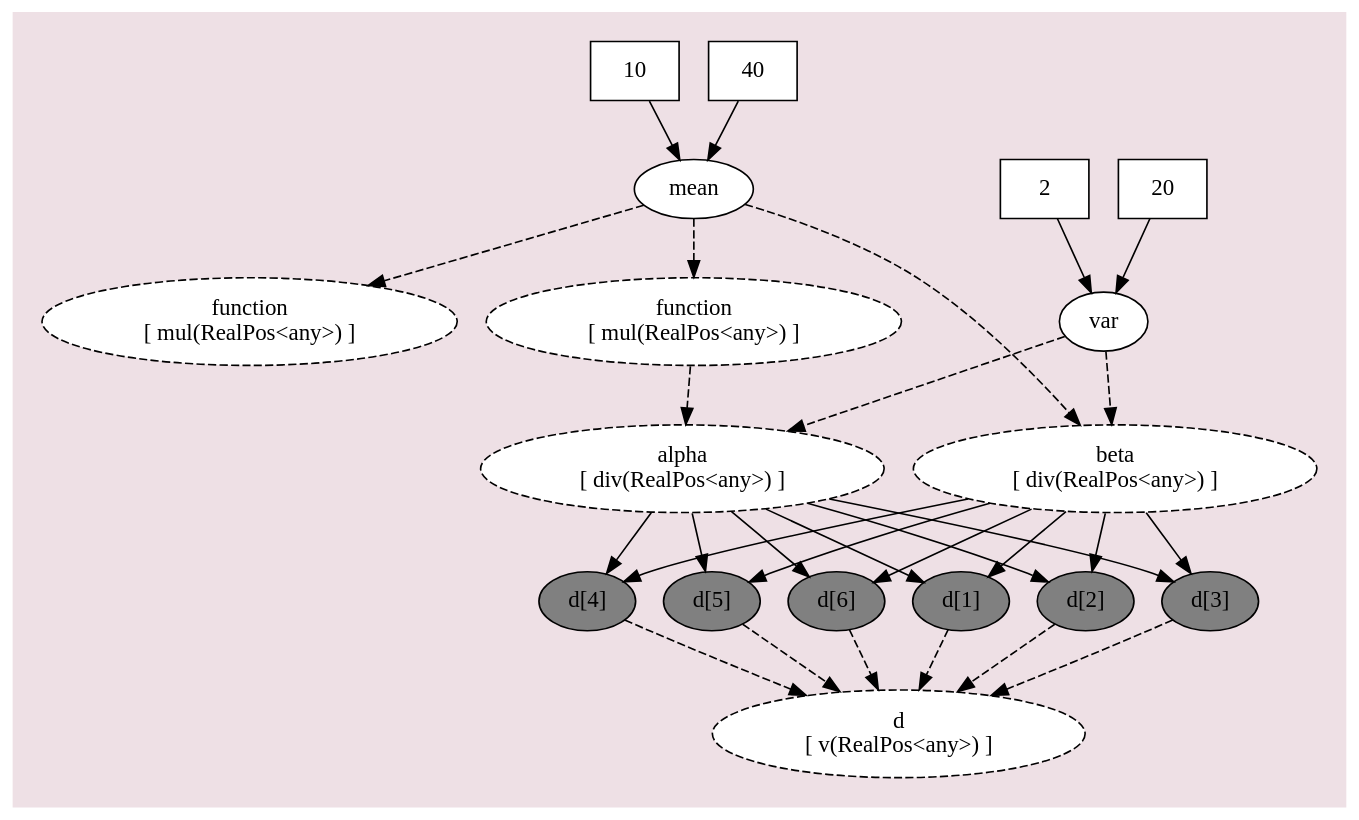
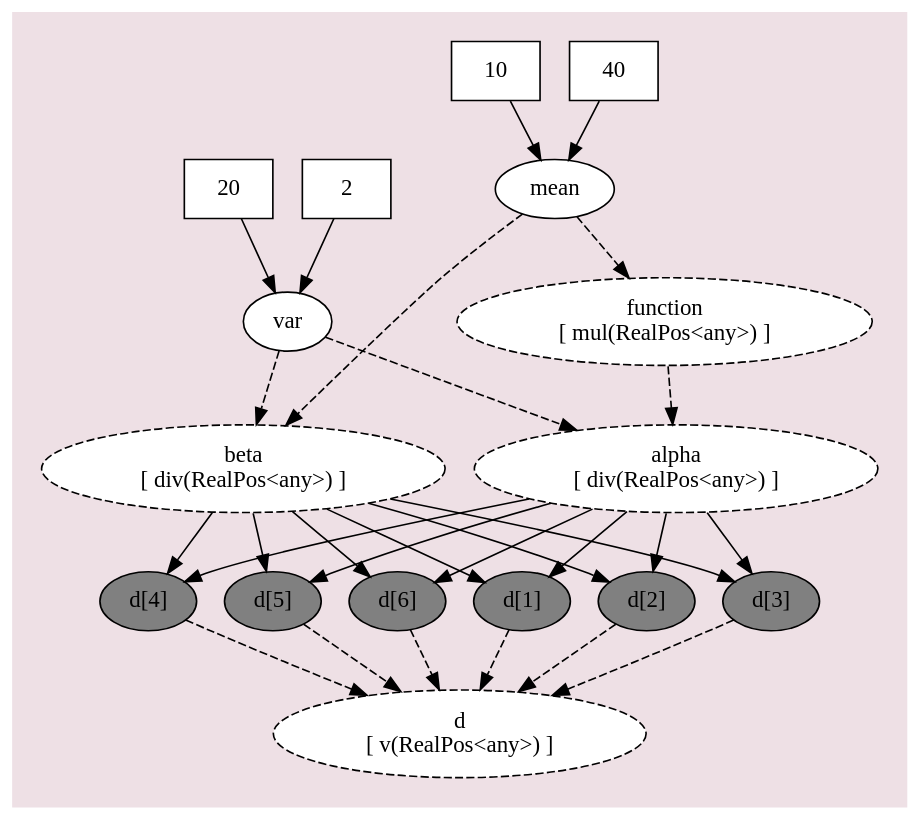
Before and after one commit to phyloworks/revbayes-workshop2017: the diagram in archery-model/archery_model.dot, drawn with Graphviz. The commit also changed 3 other files, not shown here.

```diff
--- a/archery-model/archery_model.dot
+++ b/archery-model/archery_model.dot
@@ -1,54 +1,52 @@
 /* Graphical model description in DOT language                                    */
 /*    To view graph:                                                              */
 /*       open this file in the program Graphviz: http://www.graphviz.org          */
 /*       or paste contents into an online viewer: http://stamm-wilbrandt.de/GraphvizFiddle */
 
 digraph REVDAG {
    n_beta [shape=oval, style="dashed,filled", fillcolor=white, label="beta\n[ div(RealPos<any>) ]"]
    n_mean [shape=oval, style=filled, fillcolor=white, label="mean"]
-   n_0x7fdb94852500 [shape=box, style=filled, fillcolor=white, label="10"]
-   n_0x7fdb94852630 [shape=box, style=filled, fillcolor=white, label="40"]
-   n_0x7fdb94852740 [shape=oval, style="dashed,filled", fillcolor=white, label="function\n[ mul(RealPos<any>) ]"]
-   n_0x7fdb948529d0 [shape=oval, style="dashed,filled", fillcolor=white, label="function\n[ mul(RealPos<any>) ]"]
+   n_0x7faa724a1340 [shape=box, style=filled, fillcolor=white, label="10"]
+   n_0x7faa724a1470 [shape=box, style=filled, fillcolor=white, label="40"]
+   n_0x7faa724a1570 [shape=oval, style="dashed,filled", fillcolor=white, label="function\n[ mul(RealPos<any>) ]"]
    n_alpha [shape=oval, style="dashed,filled", fillcolor=white, label="alpha\n[ div(RealPos<any>) ]"]
    n_var [shape=oval, style=filled, fillcolor=white, label="var"]
-   n_0x7fdb94853a30 [shape=box, style=filled, fillcolor=white, label="20"]
-   n_0x7fdb94853c30 [shape=box, style=filled, fillcolor=white, label="2"]
+   n_0x7faa724a26b0 [shape=box, style=filled, fillcolor=white, label="20"]
+   n_0x7faa724a27c0 [shape=box, style=filled, fillcolor=white, label="2"]
    n_d_1 [shape=oval, style=filled, fillcolor=gray, label="d[1]"]
    n_d [shape=oval, style="dashed,filled", fillcolor=white, label="d\n[ v(RealPos<any>) ]"]
    n_d_2 [shape=oval, style=filled, fillcolor=gray, label="d[2]"]
    n_d_3 [shape=oval, style=filled, fillcolor=gray, label="d[3]"]
    n_d_4 [shape=oval, style=filled, fillcolor=gray, label="d[4]"]
    n_d_5 [shape=oval, style=filled, fillcolor=gray, label="d[5]"]
    n_d_6 [shape=oval, style=filled, fillcolor=gray, label="d[6]"]
    n_beta -> n_d_1
    n_beta -> n_d_2
    n_beta -> n_d_3
    n_beta -> n_d_4
    n_beta -> n_d_5
    n_beta -> n_d_6
-   n_mean -> n_0x7fdb94852740[style=dashed]
-   n_mean -> n_0x7fdb948529d0[style=dashed]
+   n_mean -> n_0x7faa724a1570[style=dashed]
    n_mean -> n_beta[style=dashed]
-   n_0x7fdb94852500 -> n_mean
-   n_0x7fdb94852630 -> n_mean
-   n_0x7fdb948529d0 -> n_alpha[style=dashed]
+   n_0x7faa724a1340 -> n_mean
+   n_0x7faa724a1470 -> n_mean
+   n_0x7faa724a1570 -> n_alpha[style=dashed]
    n_alpha -> n_d_1
    n_alpha -> n_d_2
    n_alpha -> n_d_3
    n_alpha -> n_d_4
    n_alpha -> n_d_5
    n_alpha -> n_d_6
    n_var -> n_alpha[style=dashed]
    n_var -> n_beta[style=dashed]
-   n_0x7fdb94853a30 -> n_var
-   n_0x7fdb94853c30 -> n_var
+   n_0x7faa724a26b0 -> n_var
+   n_0x7faa724a27c0 -> n_var
    n_d_1 -> n_d[style=dashed]
    n_d_2 -> n_d[style=dashed]
    n_d_3 -> n_d[style=dashed]
    n_d_4 -> n_d[style=dashed]
    n_d_5 -> n_d[style=dashed]
    n_d_6 -> n_d[style=dashed]
    {rank=same; n_d_1; n_d_2; n_d_3; n_d_4; n_d_5; n_d_6;}
    graph [bgcolor=lavenderblush2, pad=0.25]
 }
```
